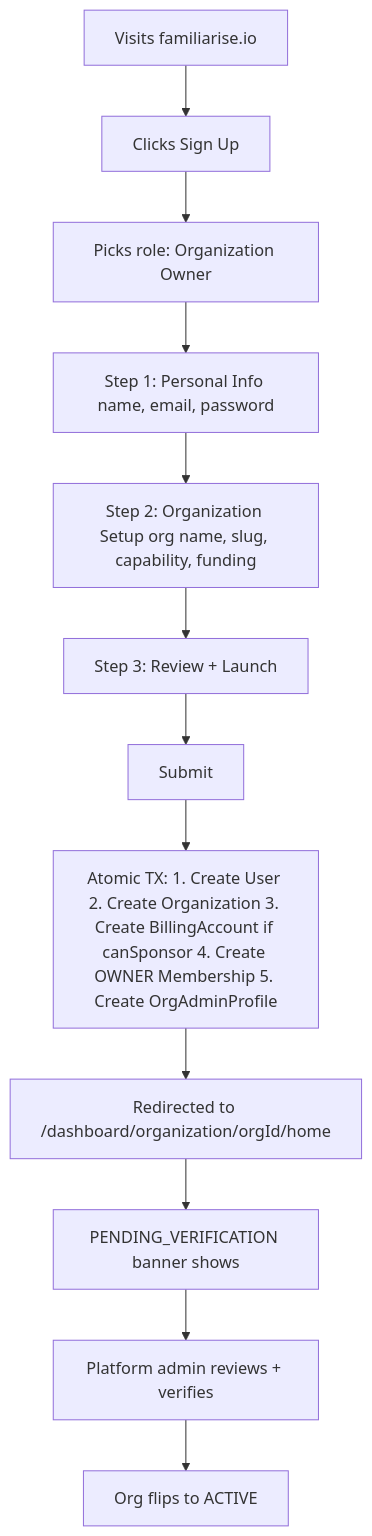
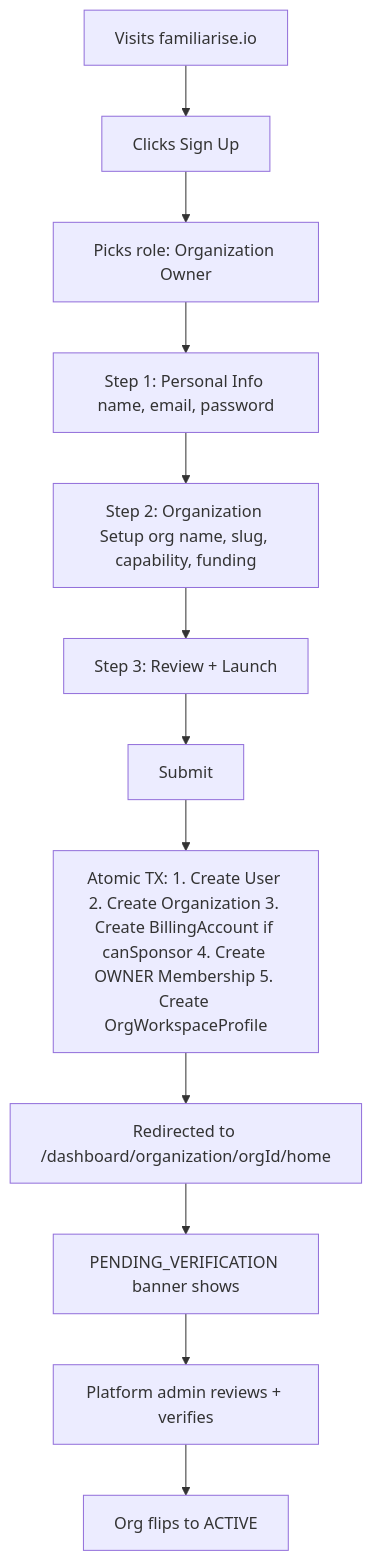
Before and after one commit to Practitionist/familiarise_web: diagram 11 of 24 in docs/enterprise/explainers/complete-guide.md, drawn with Mermaid. The commit also changed other lines of this file and 51 other files, not shown here.

First line of the commit message:
refactor(enterprise): rename OrgAdmin → OrgWorkspace across schema, routes, components, and docs

````diff
--- a/docs/enterprise/explainers/complete-guide.md
+++ b/docs/enterprise/explainers/complete-guide.md
@@ -884,14 +884,14 @@
 ```mermaid
 flowchart TD
     A[Visits familiarise.io] --> B[Clicks Sign Up]
     B --> C[Picks role: Organization Owner]
     C --> D[Step 1: Personal Info name, email, password]
     D --> E[Step 2: Organization Setup org name, slug, capability, funding]
     E --> F[Step 3: Review + Launch]
     F --> G[Submit]
-    G --> H[Atomic TX: 1. Create User 2. Create Organization 3. Create BillingAccount if canSponsor 4. Create OWNER Membership 5. Create OrgAdminProfile]
+    G --> H[Atomic TX: 1. Create User 2. Create Organization 3. Create BillingAccount if canSponsor 4. Create OWNER Membership 5. Create OrgWorkspaceProfile]
     H --> I[Redirected to /dashboard/organization/orgId/home]
     I --> J[PENDING_VERIFICATION banner shows]
     J --> K[Platform admin reviews + verifies]
     K --> L[Org flips to ACTIVE]
 ```
````
